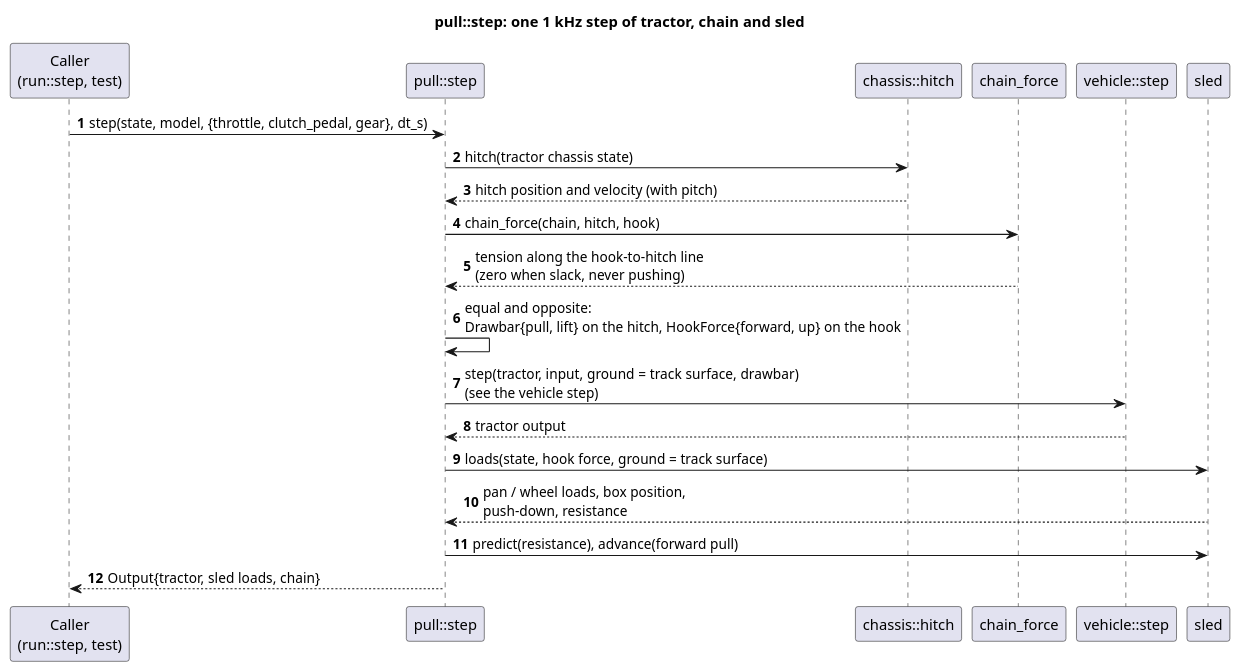
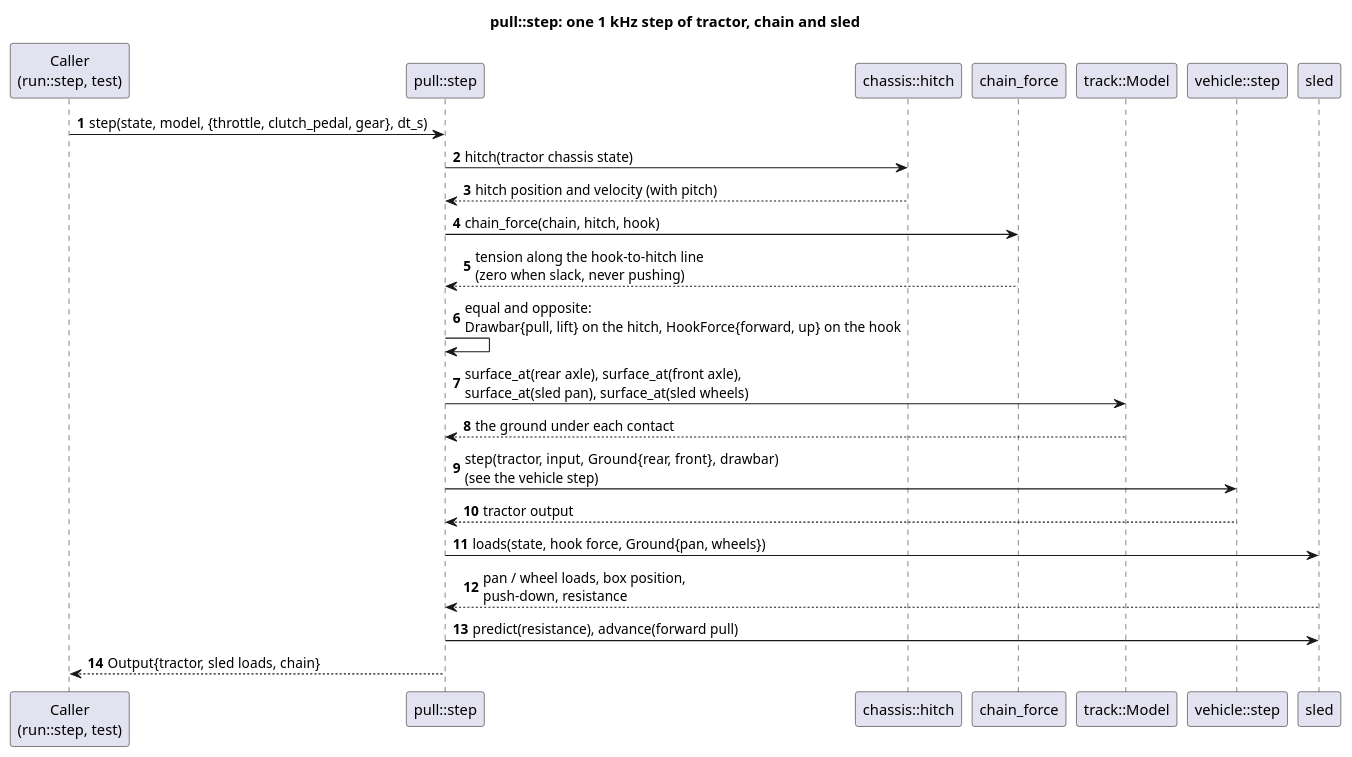
The diagram in docs/diagrams/pull_step_sequence.puml (wversteeg/TractorPulling), drawn with PlantUML before and after one commit. The commit also changed 21 other files, not shown here.

First line of the commit message:
Add the track: soil and its profile along the track, per contact

```diff
--- a/docs/diagrams/pull_step_sequence.puml
+++ b/docs/diagrams/pull_step_sequence.puml
@@ -1,23 +1,26 @@
 @startuml pull_step_sequence
 title pull::step: one 1 kHz step of tractor, chain and sled
 autonumber
 participant "Caller\n(run::step, test)" as Caller
 participant "pull::step" as Step
 participant "chassis::hitch" as Hitch
 participant "chain_force" as Chain
+participant "track::Model" as Track
 participant "vehicle::step" as Vehicle
 participant "sled" as Sled
 
 Caller -> Step : step(state, model, {throttle, clutch_pedal, gear}, dt_s)
 Step -> Hitch : hitch(tractor chassis state)
 Hitch --> Step : hitch position and velocity (with pitch)
 Step -> Chain : chain_force(chain, hitch, hook)
 Chain --> Step : tension along the hook-to-hitch line\n(zero when slack, never pushing)
 Step -> Step : equal and opposite:\nDrawbar{pull, lift} on the hitch, HookForce{forward, up} on the hook
-Step -> Vehicle : step(tractor, input, ground = track surface, drawbar)\n(see the vehicle step)
+Step -> Track : surface_at(rear axle), surface_at(front axle),\nsurface_at(sled pan), surface_at(sled wheels)
+Track --> Step : the ground under each contact
+Step -> Vehicle : step(tractor, input, Ground{rear, front}, drawbar)\n(see the vehicle step)
 Vehicle --> Step : tractor output
-Step -> Sled : loads(state, hook force, ground = track surface)
+Step -> Sled : loads(state, hook force, Ground{pan, wheels})
 Sled --> Step : pan / wheel loads, box position,\npush-down, resistance
 Step -> Sled : predict(resistance), advance(forward pull)
 Step --> Caller : Output{tractor, sled loads, chain}
 @enduml
```
